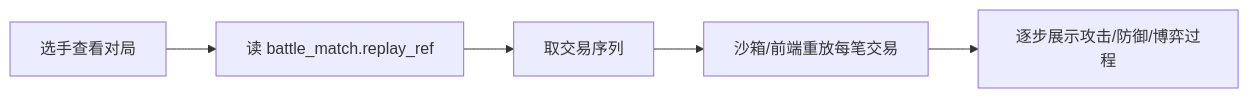
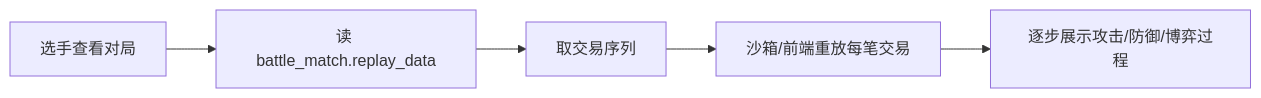
The sixth of 8 diagrams in docs/08-竞赛/05-业务流程与状态机.md (menghuishisan/CHAIMIR), drawn with Mermaid before and after one commit. The commit also changed other lines of this file and 159 other files, not shown here.

````diff
--- a/docs/08-竞赛/05-业务流程与状态机.md
+++ b/docs/08-竞赛/05-业务流程与状态机.md
@@ -107,7 +107,7 @@
 ```mermaid
 flowchart LR
-    A[选手查看对局] --> B[读 battle_match.replay_ref]
+    A[选手查看对局] --> B[读 battle_match.replay_data]
     B --> C[取交易序列]
     C --> D[沙箱/前端重放每笔交易]
     D --> E[逐步展示攻击/防御/博弈过程]
 ```
````
